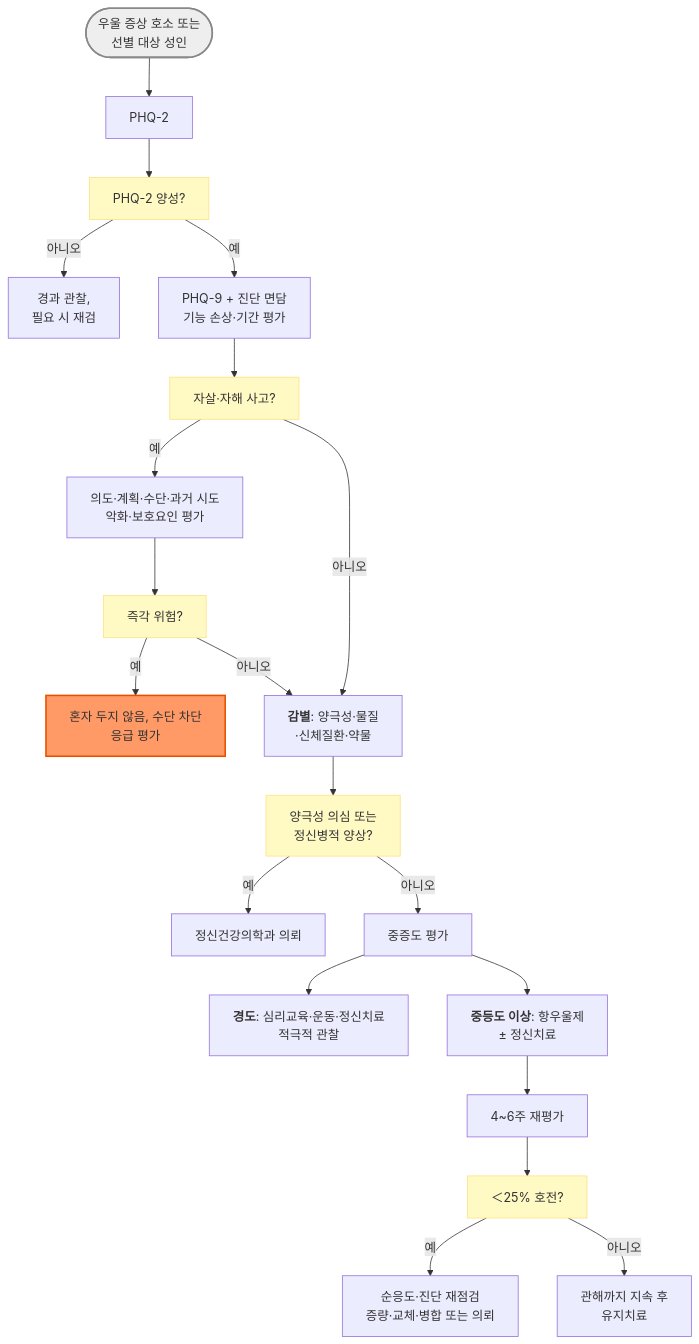
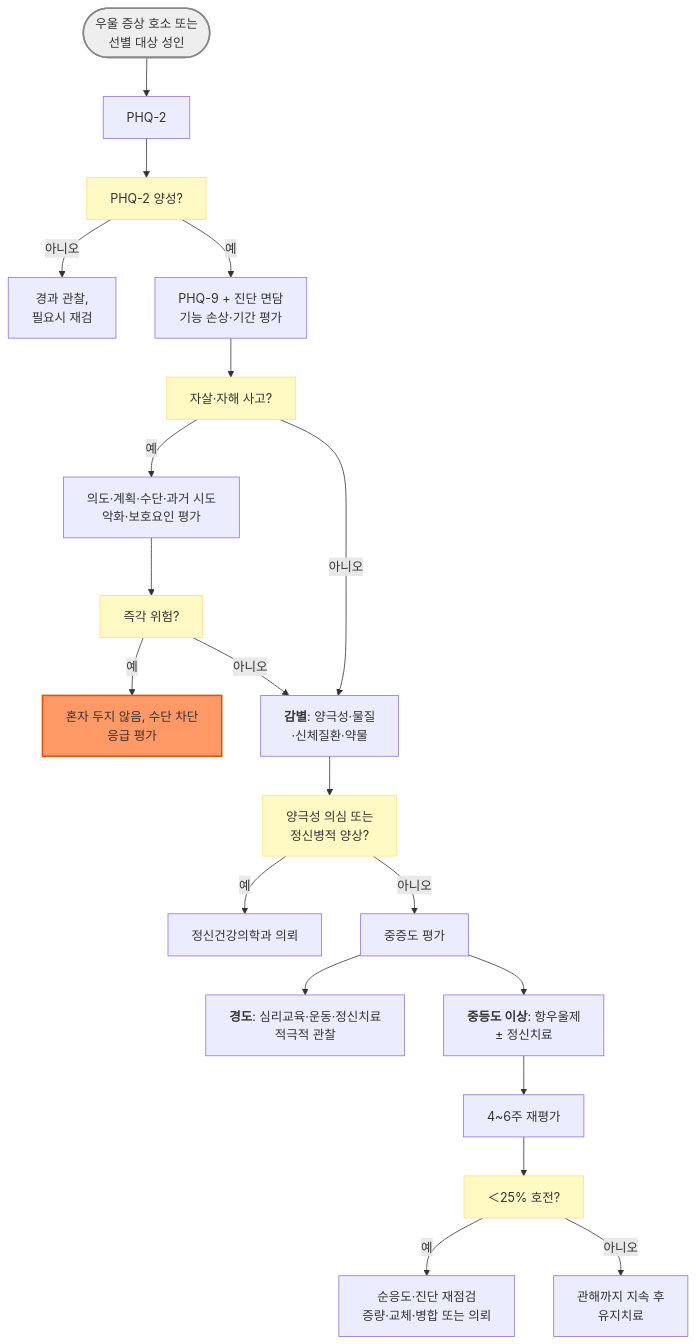
The diagram in 221_/027_-depression.md (familyoh77/familyoh77), drawn with Mermaid before and after one commit. The commit also changed other lines of this file and 4 other files, not shown here.

````diff
--- a/221_/027_-depression.md
+++ b/221_/027_-depression.md
@@ -336,29 +335,29 @@
 ```mermaid
 graph TD
     Start(["우울 증상 호소 또는 <br>선별 대상 성인"]) --> P2["PHQ-2"]
     P2 --> Q1["PHQ-2 양성?"]
-    Q1 -->|아니오| Obs["경과 관찰, <br>필요 시 재검"]
+    Q1 -->|아니오| Obs["경과 관찰, <br>필요시 재검"]
     Q1 -->|예| P9["PHQ-9 + 진단 면담<br>기능 손상·기간 평가"]
     P9 --> Q2["자살·자해 사고?"]
     Q2 -->|예| Risk["의도·계획·수단·과거 시도<br>악화·보호요인 평가"]
     Risk --> Q3["즉각 위험?"]
     Q3 -->|예| ER["혼자 두지 않음, 수단 차단<br>응급 평가"]
     Q3 -->|아니오| Diff
     Q2 -->|아니오| Diff["<b>감별</b>: 양극성·물질<br>·신체질환·약물"]
     Diff --> Q4["양극성 의심 또는 <br>정신병적 양상?"]
     Q4 -->|예| Ref["정신건강의학과 의뢰"]
     Q4 -->|아니오| Sev["중증도 평가"]
     Sev --> Mild["<b>경도</b>: 심리교육·운동·정신치료<br>적극적 관찰"]
     Sev --> Mod["<b>중등도 이상</b>: 항우울제 <br>± 정신치료"]
     Mod --> Ev["4~6주 재평가"]
     Ev --> Q5["＜25% 호전?"]
     Q5 -->|예| Adj["순응도·진단 재점검<br>증량·교체·병합 또는 의뢰"]
     Q5 -->|아니오| Cont["관해까지 지속 후 <br>유지치료"]
     style Start fill:#eeeeee,stroke:#888888,stroke-width:2px
     style ER fill:#f96,stroke:#e65100,stroke-width:2px
     style Q1 fill:#fff9c4,stroke:#ffe082
     style Q2 fill:#fff9c4,stroke:#ffe082
     style Q3 fill:#fff9c4,stroke:#ffe082
     style Q4 fill:#fff9c4,stroke:#ffe082
     style Q5 fill:#fff9c4,stroke:#ffe082
 ```
````
